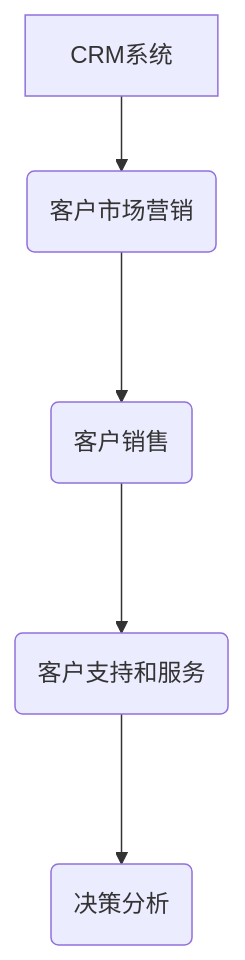
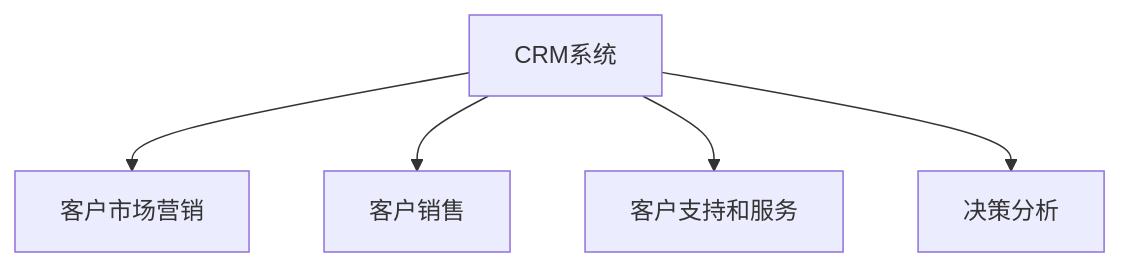
The diagram in 业务/CRM/CRM.md (Icker/blog), drawn with Mermaid before and after one commit. The commit also changed other lines of this file and 2 other files, not shown here.

Commit message:
数据结构

````diff
--- a/业务/CRM/CRM.md
+++ b/业务/CRM/CRM.md
@@ -39,7 +39,7 @@
 ```mermaid
 graph TD
-o[CRM系统]-->a(客户市场营销)
-o-->b(客户销售)
-o-->c(客户支持和服务)
-o-->d(决策分析)
+CRM系统-->客户市场营销
+CRM系统-->客户销售
+CRM系统-->客户支持和服务
+CRM系统-->决策分析
 ```
````
